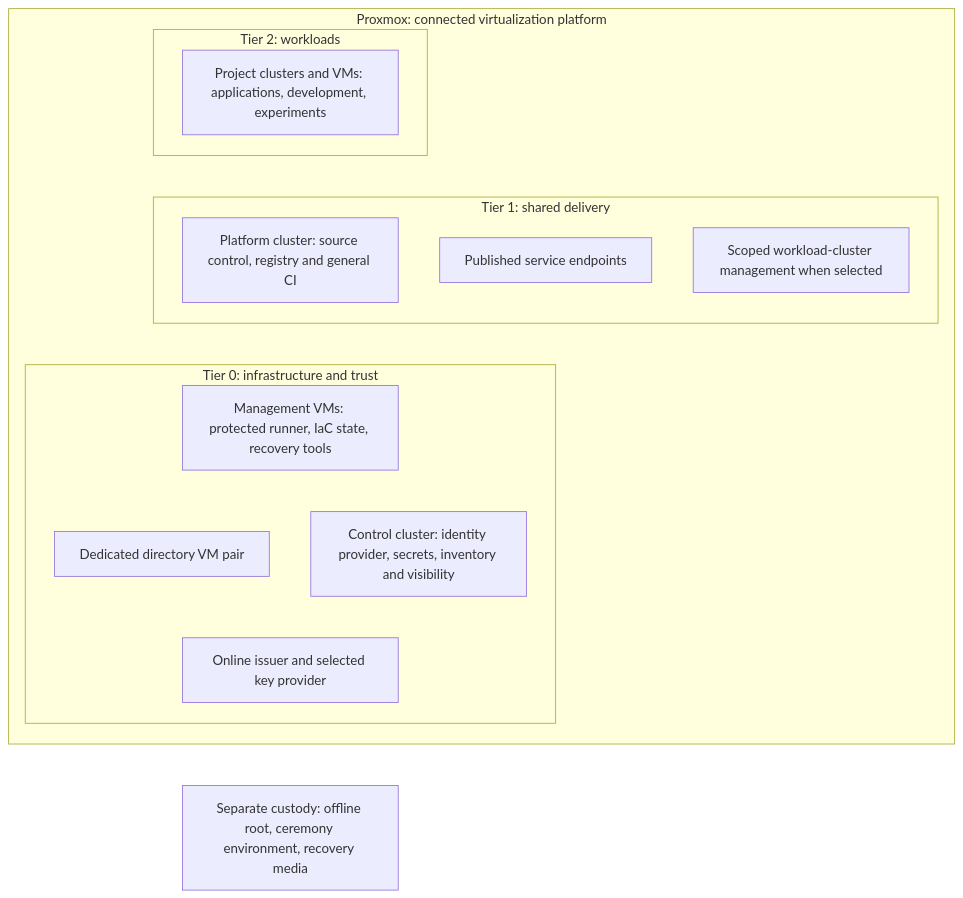
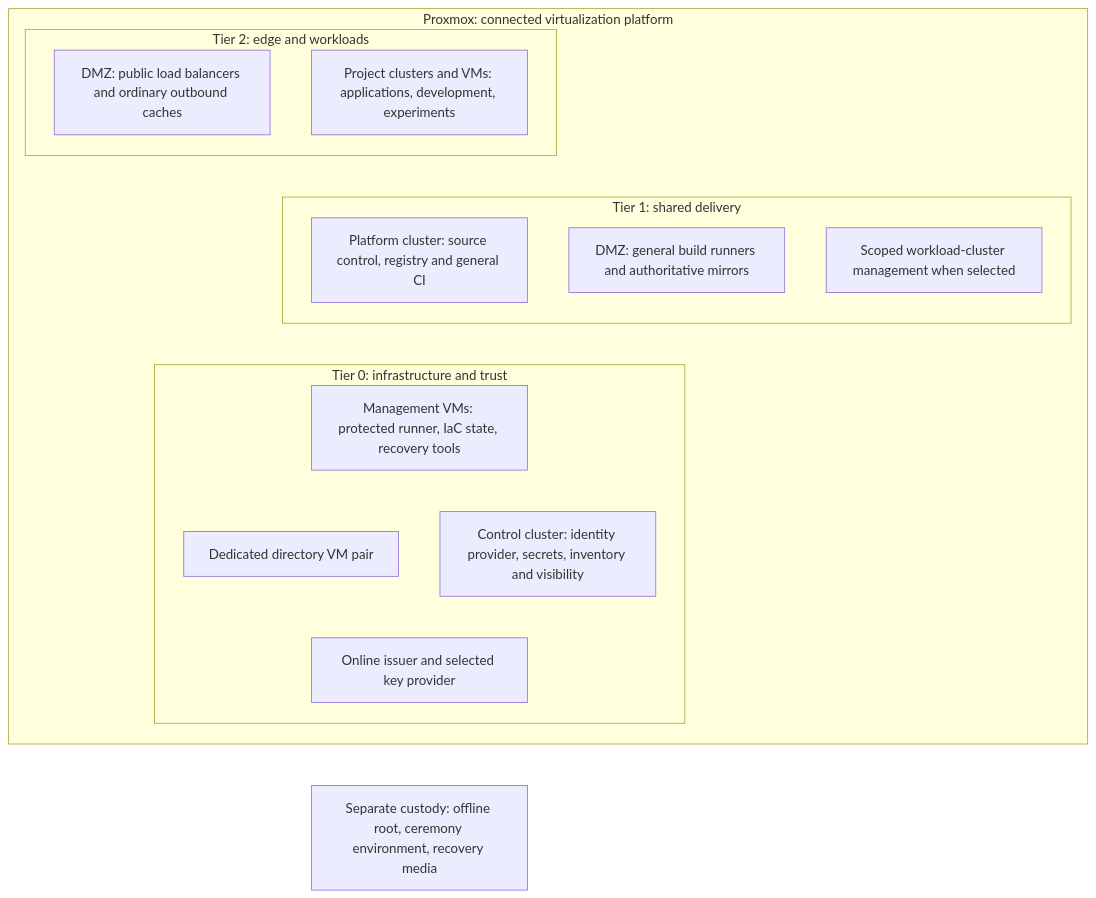
The first of 2 diagrams in docs/architecture/reference-platform.md (Rexus/homelab), drawn with Mermaid before and after one commit. The commit also changed other lines of this file and 104 other files, not shown here.

````diff
--- a/docs/architecture/reference-platform.md
+++ b/docs/architecture/reference-platform.md
@@ -36,26 +36,27 @@
 ```mermaid
 flowchart TB
   subgraph PVE["Proxmox: connected virtualization platform"]
-    subgraph T2["Tier 2: workloads"]
+    subgraph T2["Tier 2: edge and workloads"]
+      Edge["DMZ: public load balancers and ordinary outbound caches"]
       Workloads["Project clusters and VMs: applications, development, experiments"]
     end
     subgraph T1["Tier 1: shared delivery"]
       Delivery["Platform cluster: source control, registry and general CI"]
-      Edge["Published service endpoints"]
+      Supply["DMZ: general build runners and authoritative mirrors"]
       WorkloadManagement["Scoped workload-cluster management when selected"]
     end
     subgraph T0["Tier 0: infrastructure and trust"]
       M["Management VMs: protected runner, IaC state, recovery tools"]
       I["Dedicated directory VM pair"]
       K["Control cluster: identity provider, secrets, inventory and visibility"]
       C["Online issuer and selected key provider"]
       M ~~~ I
       M ~~~ K
       I ~~~ C
       K ~~~ C
     end
     Workloads ~~~ Delivery ~~~ M
   end
   Offline["Separate custody: offline root, ceremony environment, recovery media"]
   C ~~~ Offline
 ```
````
